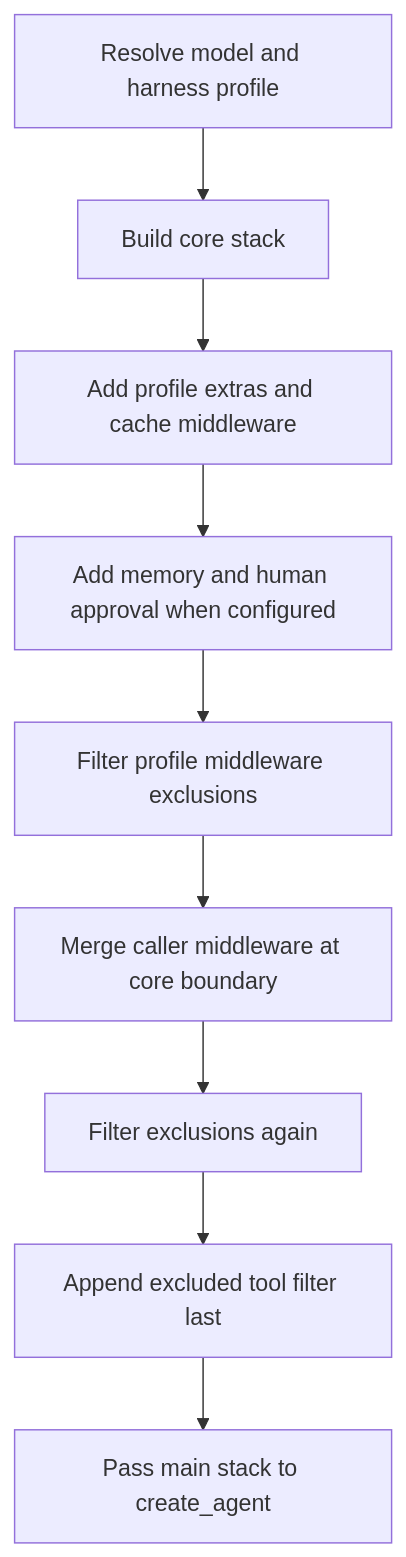
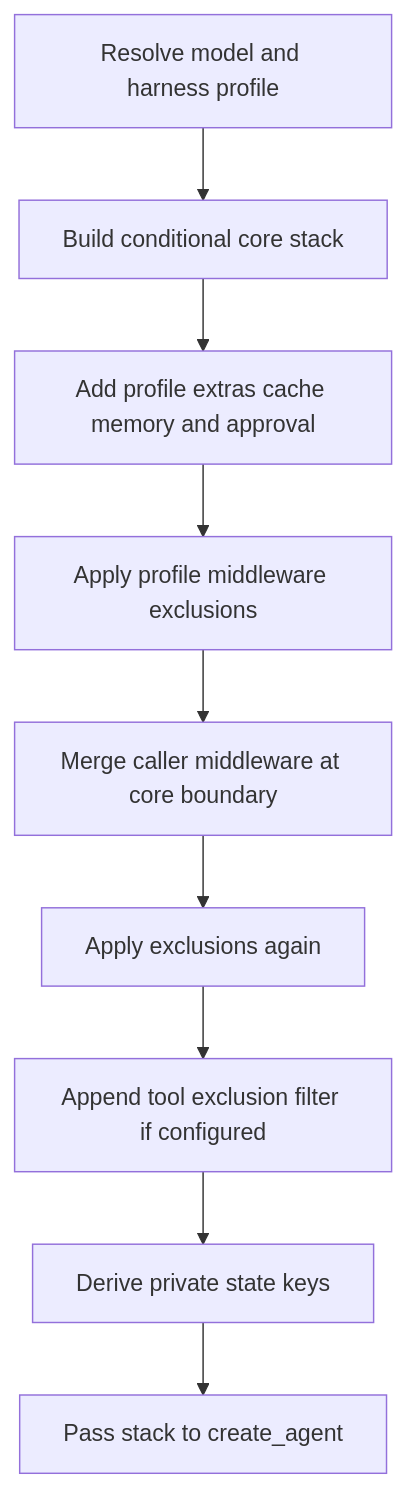
One commit to langchain-ai/deepagents changed the diagram in openwiki/architecture/middleware-stack.md. Above: the diagram before and after it, drawn with Mermaid. The commit also changed other lines of this file and 136 other files, not shown here.

````diff
--- a/openwiki/architecture/middleware-stack.md
+++ b/openwiki/architecture/middleware-stack.md
@@ -41,11 +43,11 @@
 ```mermaid
 flowchart TD
-    Resolve["Resolve model and harness profile"] --> Core["Build core stack"]
-    Core --> Tail["Add profile extras and cache middleware"]
-    Tail --> Optional["Add memory and human approval when configured"]
-    Optional --> FirstFilter["Filter profile middleware exclusions"]
+    Resolve["Resolve model and harness profile"] --> Core["Build conditional core stack"]
+    Core --> Tail["Add profile extras cache memory and approval"]
+    Tail --> FirstFilter["Apply profile middleware exclusions"]
     FirstFilter --> Merge["Merge caller middleware at core boundary"]
-    Merge --> SecondFilter["Filter exclusions again"]
-    SecondFilter --> ToolFilter["Append excluded tool filter last"]
-    ToolFilter --> Build["Pass main stack to create_agent"]
+    Merge --> SecondFilter["Apply exclusions again"]
+    SecondFilter --> ToolFilter["Append tool exclusion filter if configured"]
+    ToolFilter --> State["Derive private state keys"]
+    State --> Agent["Pass stack to create_agent"]
 ```
````
